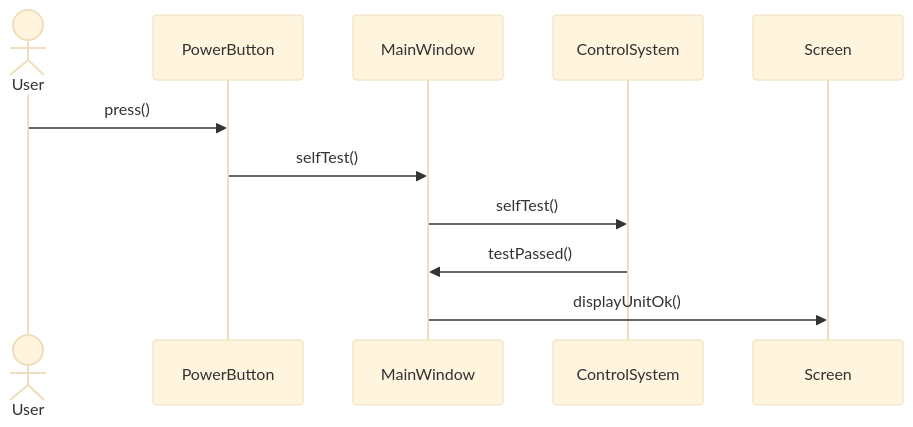
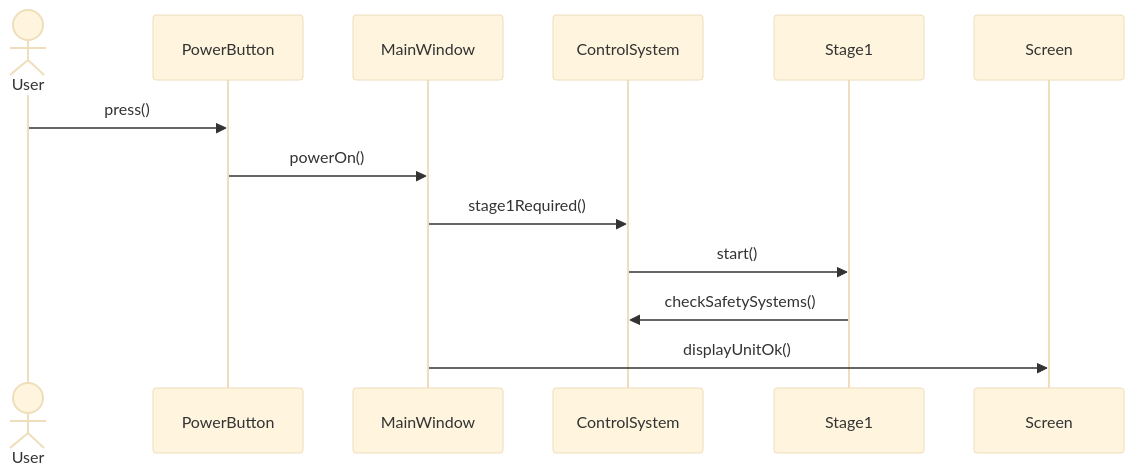
One commit to SaturnOperator/AED-System changed the first of 7 diagrams in README.md. Above: the diagram before and after it, drawn with Mermaid (base theme). The commit also changed other lines of this file, not shown here.

````diff
--- a/README.md
+++ b/README.md
@@ -36,14 +36,10 @@
 ```mermaid
 sequenceDiagram
 actor User
-participant PowerButton
-participant MainWindow
-participant ControlSystem
-participant Screen
     User->>PowerButton: press()
-    PowerButton->>MainWindow: selfTest()
-    MainWindow->>ControlSystem: selfTest()
-    ControlSystem->>MainWindow: testPassed()
+    PowerButton->>MainWindow: powerOn()
+    MainWindow->>ControlSystem: stage1Required()
+    ControlSystem->>Stage1: start()
+    Stage1->>ControlSystem: checkSafetySystems()
     MainWindow->>Screen: displayUnitOk()
-
 ```
````
